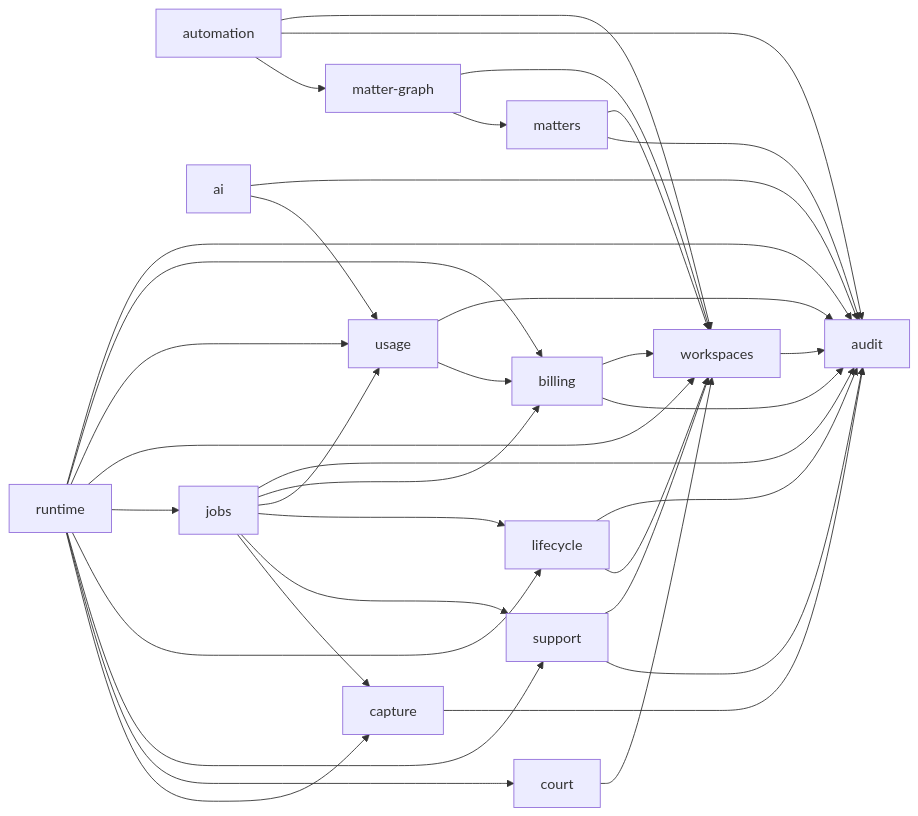
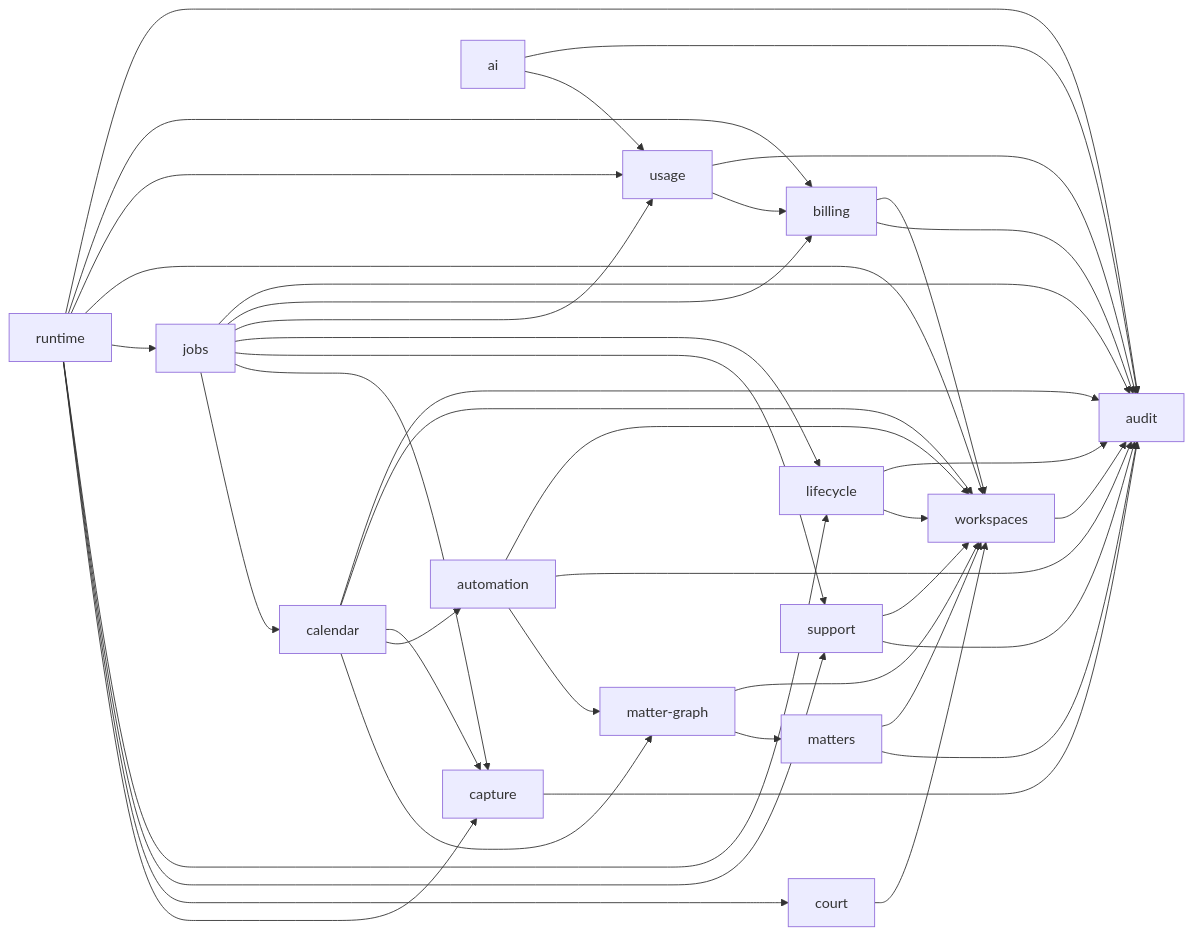
Before and after one commit to RapierCraftStudios/causedeck: the diagram in docs/engineering/core-domains.md, drawn with Mermaid. The commit also changed other lines of this file and 74 other files, not shown here.

````diff
--- a/docs/engineering/core-domains.md
+++ b/docs/engineering/core-domains.md
@@ -61,38 +62,44 @@
 ```mermaid
 graph LR
   workspaces --> audit
   matters --> workspaces
   matters --> audit
   court --> workspaces
   matter-graph --> workspaces
   matter-graph --> matters
   automation --> workspaces
   automation --> audit
   automation --> matter-graph
   billing --> workspaces
   billing --> audit
   usage --> audit
   usage --> billing
   ai --> audit
   ai --> usage
   lifecycle --> audit
   lifecycle --> workspaces
   support --> workspaces
   support --> audit
   capture --> audit
   jobs --> audit
   jobs --> billing
   jobs --> usage
   jobs --> lifecycle
   jobs --> support
   jobs --> capture
+  jobs --> calendar
+  calendar --> audit
+  calendar --> workspaces
+  calendar --> capture
+  calendar --> automation
+  calendar --> matter-graph
   runtime --> audit
   runtime --> billing
   runtime --> usage
   runtime --> workspaces
   runtime --> jobs
   runtime --> lifecycle
   runtime --> support
   runtime --> court
   runtime --> capture
 ```
````
